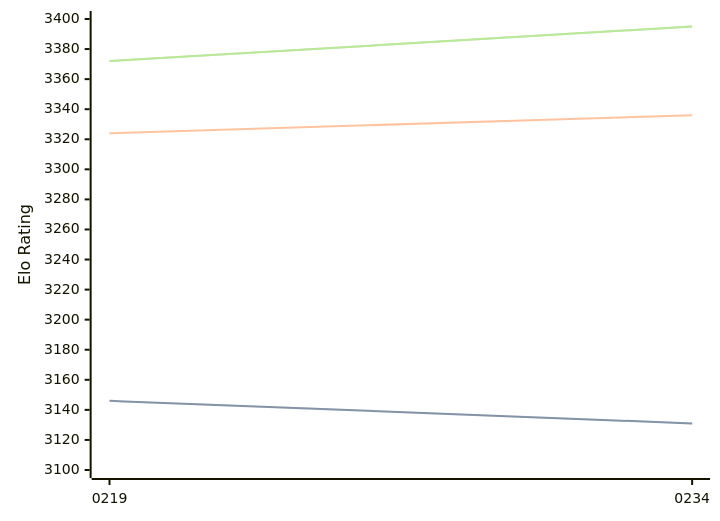
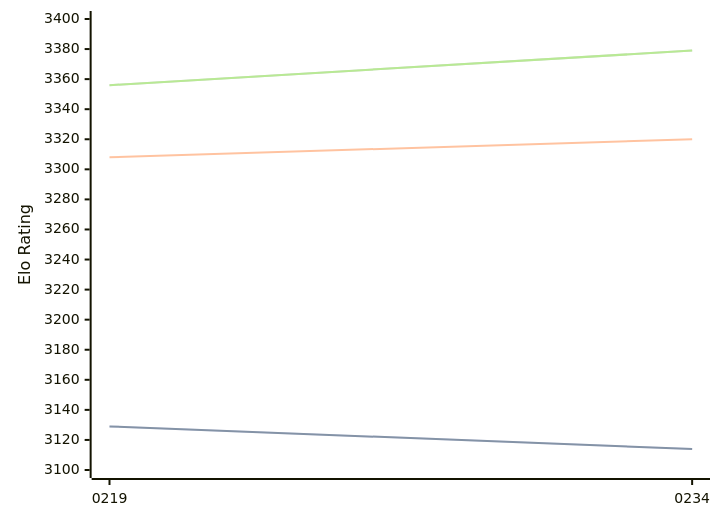
The diagram in engines/Ynode.md (computer-chess-index/cci), drawn with Mermaid before and after one commit. The commit also changed other lines of this file, not shown here.

Commit message:
Update CCI Ratings (ELO VLTC) - 2026-05-20

````diff
--- a/engines/Ynode.md
+++ b/engines/Ynode.md
@@ -39,11 +39,11 @@
 ```mermaid
 %%{init: {"theme":"base","themeVariables":{"seriesColors:['#a3a3a3','#222221','#faa371']}}}%%
 xychart-beta
   x-axis ["0219", "0234"]
   y-axis "Elo Rating" 3100 --> 3400
-  line "STC (8.0+0.08s)" [3146, 3131]
-  line "STC (8.0+0.08s)" [3146, 3131]
-  line "LTC (60.0+0.60s)" [3324, 3336]
-  line "VLTC (2m24s+1.12s)" [3372, 3395]
-  line "VLTC (2m24s+1.12s)" [3372, 3395]
+  line "STC (8.0+0.08s)" [3129, 3114]
+  line "STC (8.0+0.08s)" [3129, 3114]
+  line "LTC (60.0+0.60s)" [3308, 3320]
+  line "VLTC (2m24s+1.12s)" [3356, 3379]
+  line "VLTC (2m24s+1.12s)" [3356, 3379]
 ```
````
